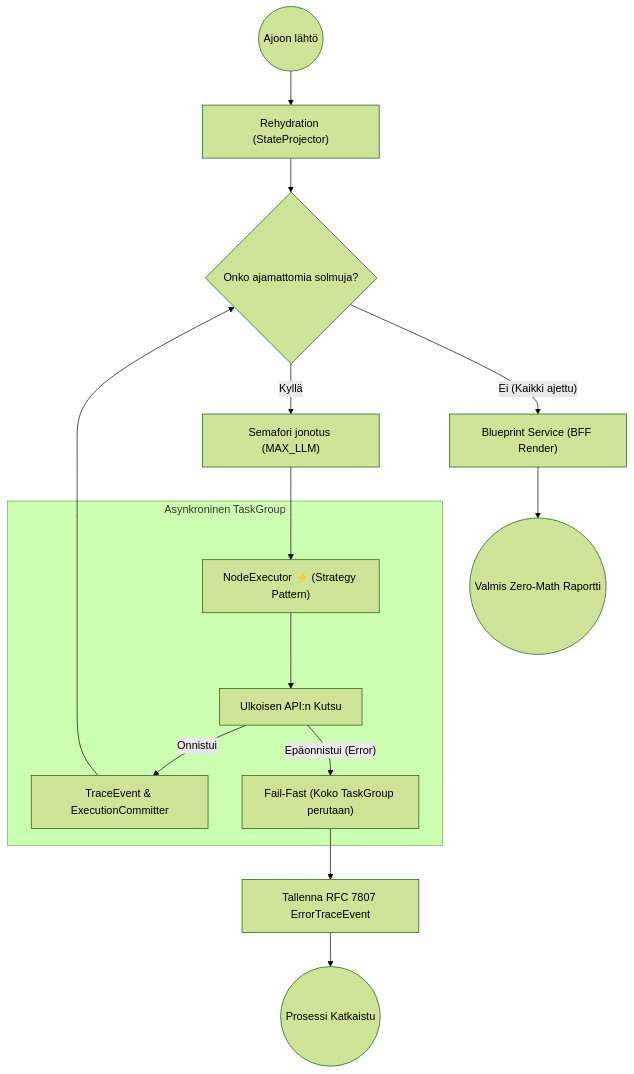
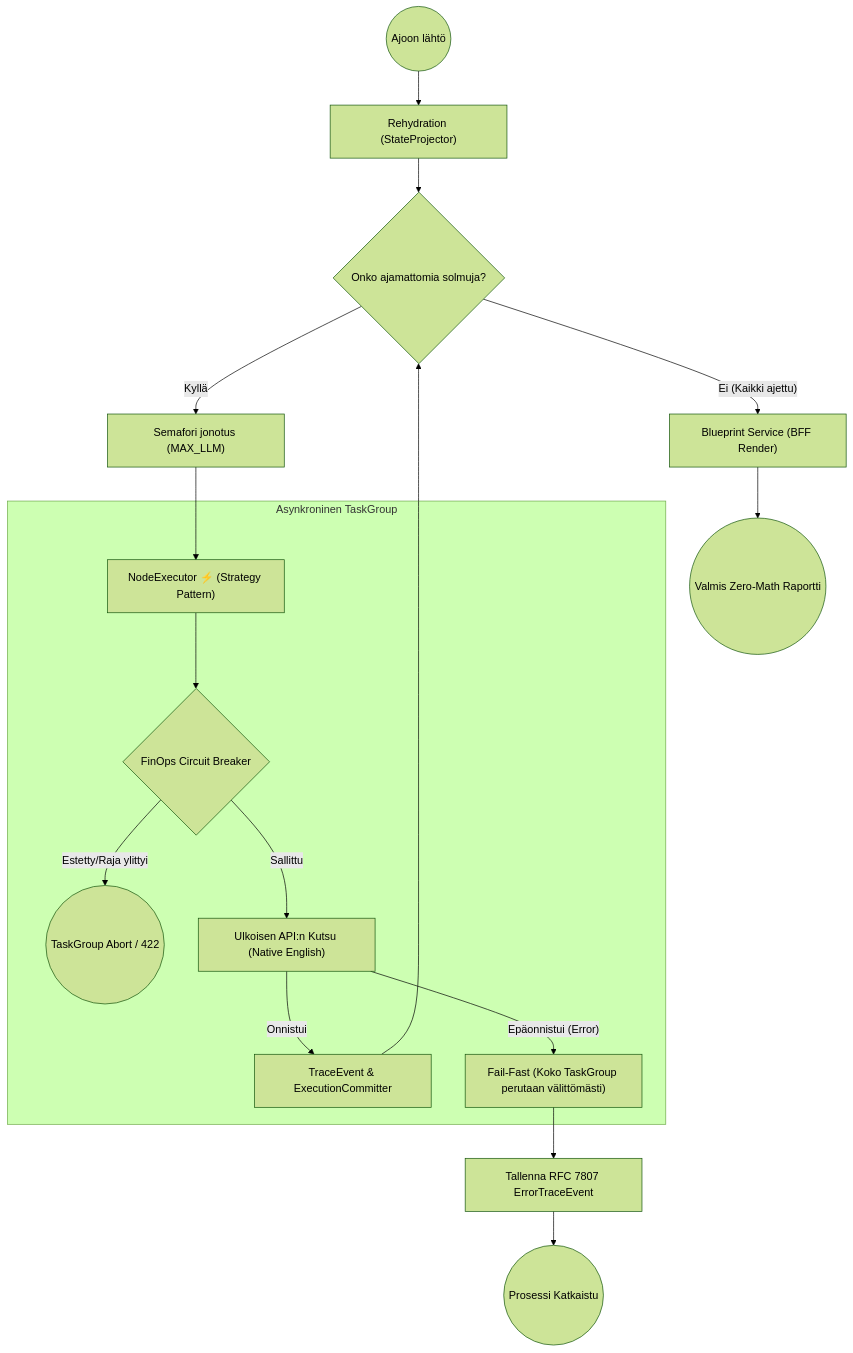
Before and after one commit to launis/quorum: the diagram in docs/architecture/03_business_services_and_dag.md, drawn with Mermaid (forest theme). The commit also changed 9 other files, not shown here.

Commit message:
docs: add comprehensive architecture documentation covering dynamic rendering, persistence, and system design principles

````diff
--- a/docs/architecture/03_business_services_and_dag.md
+++ b/docs/architecture/03_business_services_and_dag.md
@@ -9,21 +9,23 @@
 ```mermaid
 flowchart TD
     Start((Ajoon lähtö)) --> Rehydration["Rehydration (StateProjector)"]
     Rehydration --> Check{"Onko ajamattomia solmuja?"}
     
     Check -- Kyllä --> Concurrency["Semafori jonotus (MAX_LLM)"]
     Concurrency --> NodeExec["NodeExecutor ⚡ (Strategy Pattern)"]
     
     subgraph TaskGroup["Asynkroninen TaskGroup"]
-        NodeExec --> LLMCall["Ulkoisen API:n Kutsu"]
+        NodeExec --> Breaker{"FinOps Circuit Breaker"}
+        Breaker -- "Estetty/Raja ylittyi" --> AbortTask((TaskGroup Abort / 422))
+        Breaker -- "Sallittu" --> LLMCall["Ulkoisen API:n Kutsu (Native English)"]
         LLMCall -- "Onnistui" --> CommitTrace["TraceEvent & ExecutionCommitter"]
-        LLMCall -- "Epäonnistui (Error)" --> FailBoundary["Fail-Fast (Koko TaskGroup perutaan)"]
+        LLMCall -- "Epäonnistui (Error)" --> FailBoundary["Fail-Fast (Koko TaskGroup perutaan välittömästi)"]
     end
     
     CommitTrace --> Check
     Check -- "Ei (Kaikki ajettu)" --> Blueprint["Blueprint Service (BFF Render)"]
     Blueprint --> End((Valmis Zero-Math Raportti))
     
     FailBoundary --> ErrorLog["Tallenna RFC 7807 ErrorTraceEvent"]
     ErrorLog --> Abort((Prosessi Katkaistu))
 ```
````
